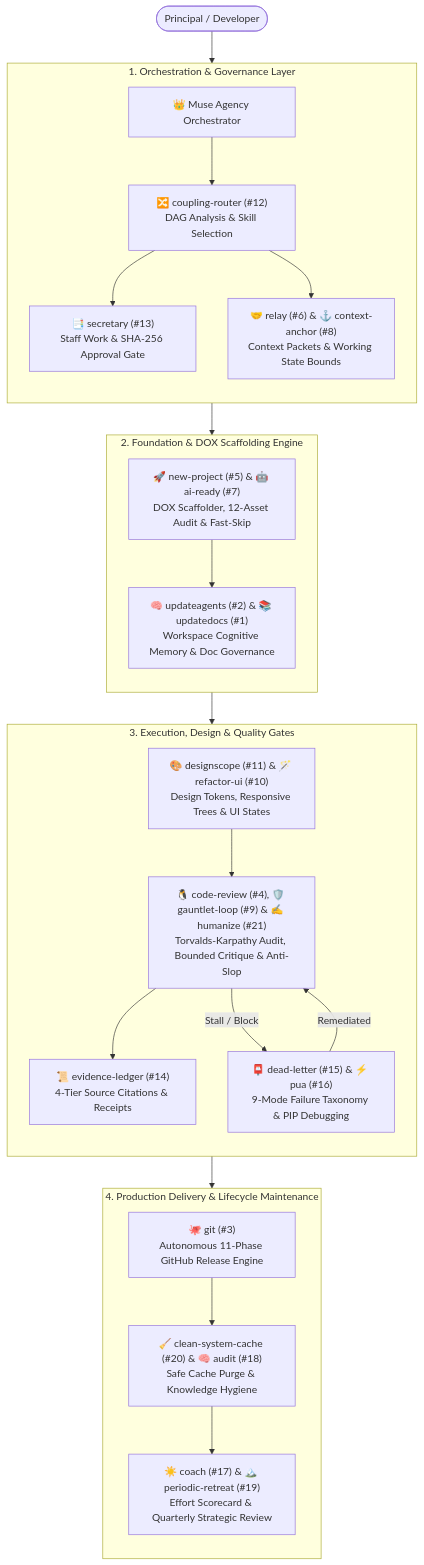
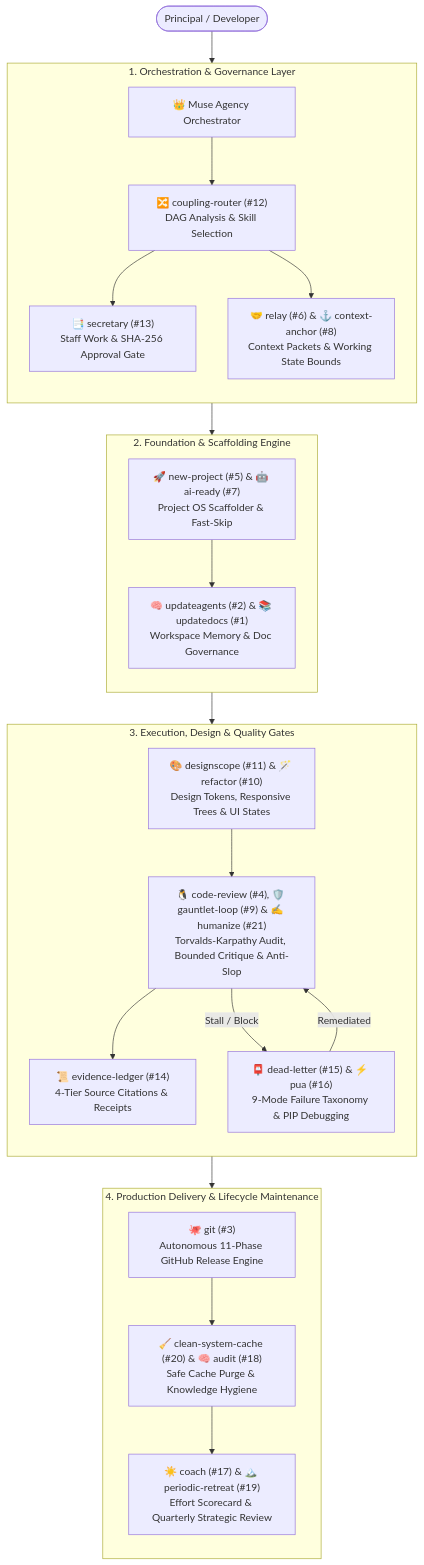
One commit to harshsinghmp/muse-skills changed the second of 2 diagrams in README.md. Above: the diagram before and after it, drawn with Mermaid. The commit also changed other lines of this file and 22 other files, not shown here.

````diff
--- a/README.md
+++ b/README.md
@@ -255,34 +343,34 @@
 ```mermaid
 flowchart TD
     User(["Principal / Developer"]) --> Muse["👑 Muse Agency Orchestrator"]
 
     subgraph L1 ["1. Orchestration & Governance Layer"]
         direction TB
         Muse --> Router["🔀 coupling-router (#12)<br/>DAG Analysis & Skill Selection"]
         Router --> Sec["📑 secretary (#13)<br/>Staff Work & SHA-256 Approval Gate"]
         Router --> Bounds["🤝 relay (#6) & ⚓ context-anchor (#8)<br/>Context Packets & Working State Bounds"]
     end
 
-    subgraph L2 ["2. Foundation & DOX Scaffolding Engine"]
+    subgraph L2 ["2. Foundation & Scaffolding Engine"]
         direction TB
-        Bounds --> Scaffolder["🚀 new-project (#5) & 🤖 ai-ready (#7)<br/>DOX Scaffolder, 12-Asset Audit & Fast-Skip"]
-        Scaffolder --> Memory["🧠 updateagents (#2) & 📚 updatedocs (#1)<br/>Workspace Cognitive Memory & Doc Governance"]
+        Bounds --> Scaffolder["🚀 new-project (#5) & 🤖 ai-ready (#7)<br/>Project OS Scaffolder & Fast-Skip"]
+        Scaffolder --> Memory["🧠 updateagents (#2) & 📚 updatedocs (#1)<br/>Workspace Memory & Doc Governance"]
     end
 
     subgraph L3 ["3. Execution, Design & Quality Gates"]
         direction TB
-        Memory --> Design["🎨 designscope (#11) & 🪄 refactor-ui (#10)<br/>Design Tokens, Responsive Trees & UI States"]
+        Memory --> Design["🎨 designscope (#11) & 🪄 refactor (#10)<br/>Design Tokens, Responsive Trees & UI States"]
         Design --> Review["🐧 code-review (#4), 🛡️ gauntlet-loop (#9) & ✍️ humanize (#21)<br/>Torvalds-Karpathy Audit, Bounded Critique & Anti-Slop"]
         Review --> Ledger["📜 evidence-ledger (#14)<br/>4-Tier Source Citations & Receipts"]
         
         Review -->|"Stall / Block"| DL["📮 dead-letter (#15) & ⚡ pua (#16)<br/>9-Mode Failure Taxonomy & PIP Debugging"]
         DL -->|"Remediated"| Review
     end
 
     subgraph L4 ["4. Production Delivery & Lifecycle Maintenance"]
         direction TB
         Ledger --> Release["🐙 git (#3)<br/>Autonomous 11-Phase GitHub Release Engine"]
         Release --> Maint["🧹 clean-system-cache (#20) & 🧠 audit (#18)<br/>Safe Cache Purge & Knowledge Hygiene"]
         Maint --> Reflection["☀️ coach (#17) & 🏔️ periodic-retreat (#19)<br/>Effort Scorecard & Quarterly Strategic Review"]
     end
 ```
````
